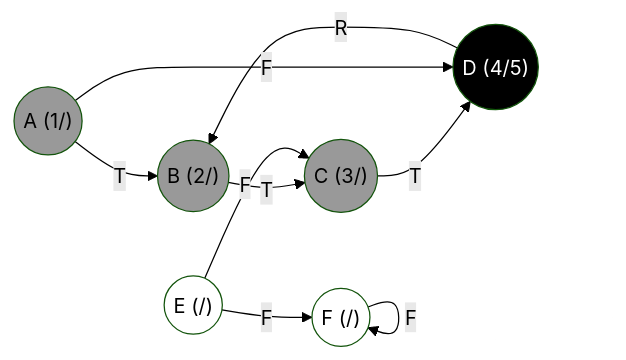
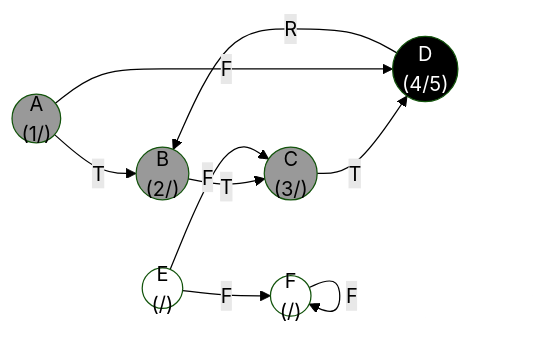
Diagram 11 of 27 in 2024.2/Materiais enviados/Listas/Resoluções/Lista 3.md (UFMG-Organizacao-de-Disciplinas/DCC865-Projeto_e_Analise_de_Algoritmos), drawn with Mermaid (forest theme) before and after one commit. The commit also changed other lines of this file and 1 other file, not shown here.

````diff
--- a/2024.2/Materiais enviados/Listas/Resoluções/Lista 3.md
+++ b/2024.2/Materiais enviados/Listas/Resoluções/Lista 3.md
@@ -579,28 +582,28 @@
 ```mermaid
 graph LR
     %% Coloração: fundo branco, texto preto
     style A fill:#999,color:#000
     style B fill:#999,color:#000
     style C fill:#999,color:#000
     style D fill:#000,color:#fff
     style E fill:#fff,color:#000
     style F fill:#fff,color:#000
     
     %% Vértices
-    A(("A (1/)"))
-    B(("B (2/)"))
-    C(("C (3/)"))
-    D(("D (4/5)"))
-    E(("E (/)"))
-    F(("F (/)"))
+    A(("A <br> (1/)"))
+    B(("B <br> (2/)"))
+    C(("C <br> (3/)"))
+    D(("D <br> (4/5)"))
+    E(("E <br> (/)"))
+    F(("F <br> (/)"))
 
     %% Arestas
     A -->|T| B
     B -->|T| C
     C -->|T| D
     A -->|F| D
     D -->|R| B
     E -->|F| C
     E -->|F| F
     F -->|F| F
 ```
````
